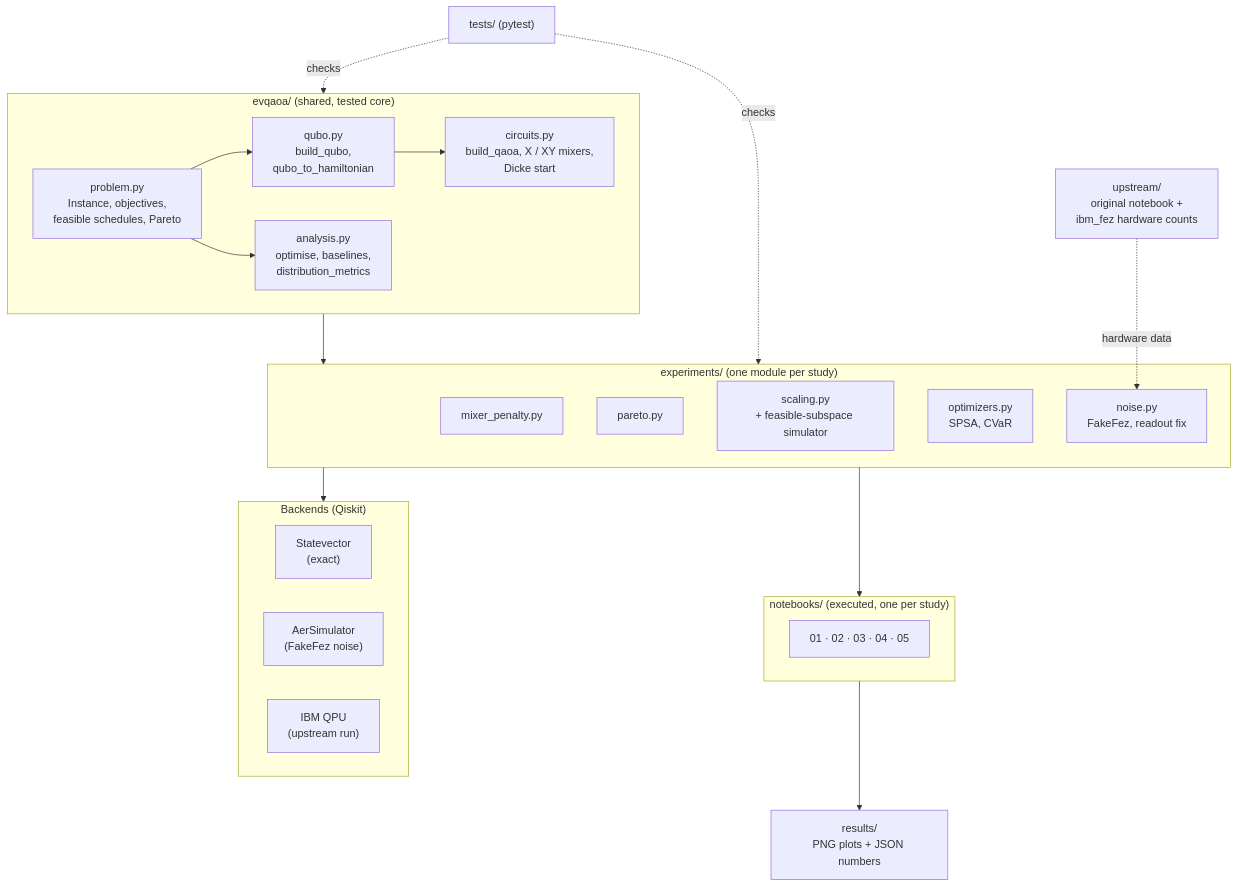
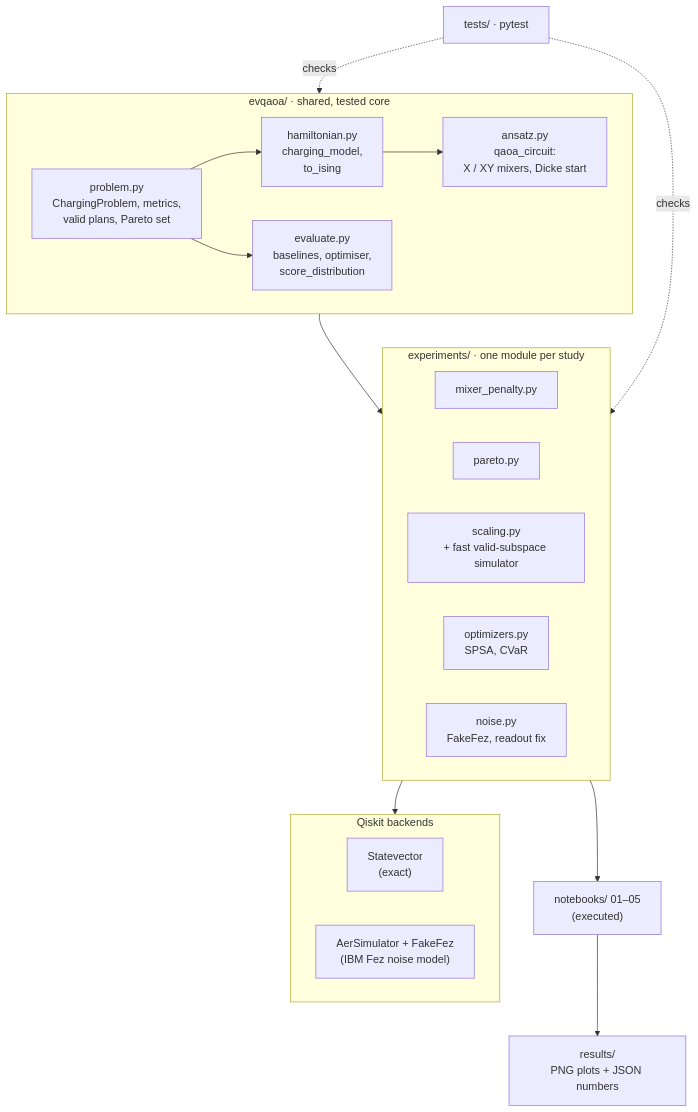
The second of 2 diagrams in README.md (SakxamShrestha/quant5-fisk-IQ-hackathon), drawn with Mermaid before and after one commit. The commit also changed other lines of this file and 68 other files, not shown here.

First line of the commit message:
refactor: rebuild core and all five studies on our own charging model

````diff
--- a/README.md
+++ b/README.md
@@ -37,36 +41,31 @@
 ```mermaid
 flowchart TB
-    subgraph core["evqaoa/ (shared, tested core)"]
-        P["problem.py<br/>Instance, objectives,<br/>feasible schedules, Pareto"]
-        Q["qubo.py<br/>build_qubo,<br/>qubo_to_hamiltonian"]
-        C["circuits.py<br/>build_qaoa, X / XY mixers,<br/>Dicke start"]
-        A["analysis.py<br/>optimise, baselines,<br/>distribution_metrics"]
-        P --> Q --> C
-        P --> A
+    subgraph core["evqaoa/ · shared, tested core"]
+        P["problem.py<br/>ChargingProblem, metrics,<br/>valid plans, Pareto set"]
+        Hm["hamiltonian.py<br/>charging_model,<br/>to_ising"]
+        An["ansatz.py<br/>qaoa_circuit:<br/>X / XY mixers, Dicke start"]
+        Ev["evaluate.py<br/>baselines, optimiser,<br/>score_distribution"]
+        P --> Hm --> An
+        P --> Ev
     end
 
-    subgraph exp["experiments/ (one module per study)"]
+    subgraph exp["experiments/ · one module per study"]
         E1["mixer_penalty.py"]
         E2["pareto.py"]
-        E3["scaling.py<br/>+ feasible-subspace simulator"]
+        E3["scaling.py<br/>+ fast valid-subspace simulator"]
         E4["optimizers.py<br/>SPSA, CVaR"]
         E5["noise.py<br/>FakeFez, readout fix"]
     end
 
-    subgraph nb["notebooks/ (executed, one per study)"]
-        N["01 · 02 · 03 · 04 · 05"]
+    subgraph back["Qiskit backends"]
+        S1["Statevector<br/>(exact)"]
+        S2["AerSimulator + FakeFez<br/>(IBM Fez noise model)"]
     end
 
-    core --> exp --> nb
+    core --> exp
+    exp --> back
+    exp --> nb["notebooks/ 01–05<br/>(executed)"]
     nb --> R["results/<br/>PNG plots + JSON numbers"]
-    T["tests/ (pytest)"] -.checks.-> core
+    T["tests/ · pytest"] -.checks.-> core
     T -.checks.-> exp
-    U["upstream/<br/>original notebook +<br/>ibm_fez hardware counts"] -.hardware data.-> E5
-
-    subgraph back["Backends (Qiskit)"]
-        S1["Statevector<br/>(exact)"]
-        S2["AerSimulator<br/>(FakeFez noise)"]
-        S3["IBM QPU<br/>(upstream run)"]
-    end
-    exp --> back
 ```
````
